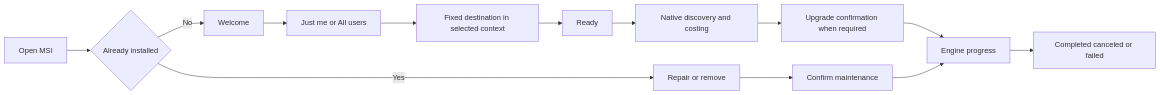
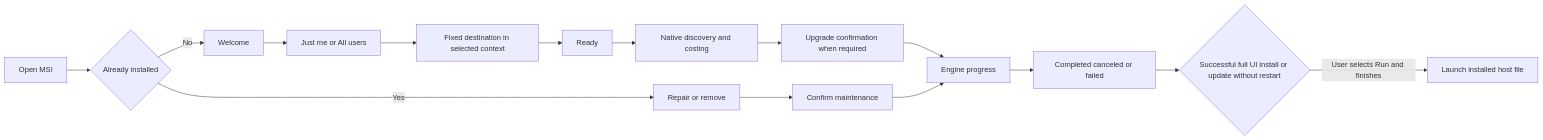
Before and after one commit to kiforsbe/vidvnc: diagram 23 of 23 in docs/ARCHITECTURE.md, drawn with Mermaid. The commit also changed other lines of this file and 8 other files, not shown here.

````diff
--- a/docs/ARCHITECTURE.md
+++ b/docs/ARCHITECTURE.md
@@ -1983,15 +1990,17 @@
 ```mermaid
 flowchart LR
     Open[Open MSI] --> State{Already installed}
     State -->|No| Welcome
     Welcome --> Scope[Just me or All users]
     Scope --> Destination[Fixed destination in selected context]
     Destination --> Ready
     Ready --> Cost[Native discovery and costing]
     Cost --> Upgrade[Upgrade confirmation when required]
     Upgrade --> Progress[Engine progress]
     State -->|Yes| Maintenance[Repair or remove]
     Maintenance --> Confirm[Confirm maintenance]
     Confirm --> Progress
     Progress --> Result[Completed canceled or failed]
+    Result --> Choice{Successful full UI install or update without restart}
+    Choice -->|User selects Run and finishes| Launch[Launch installed host file]
 ```
````
